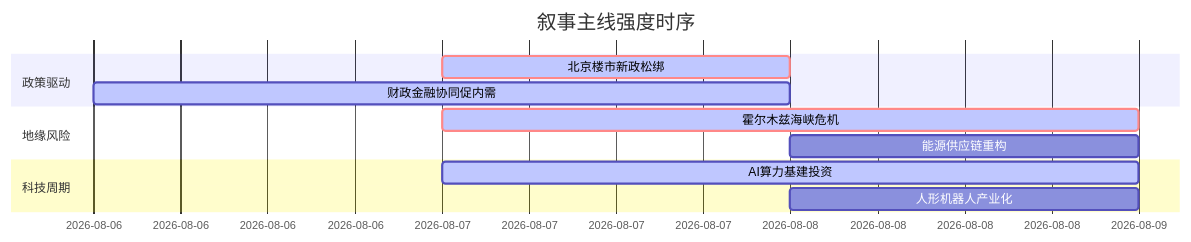
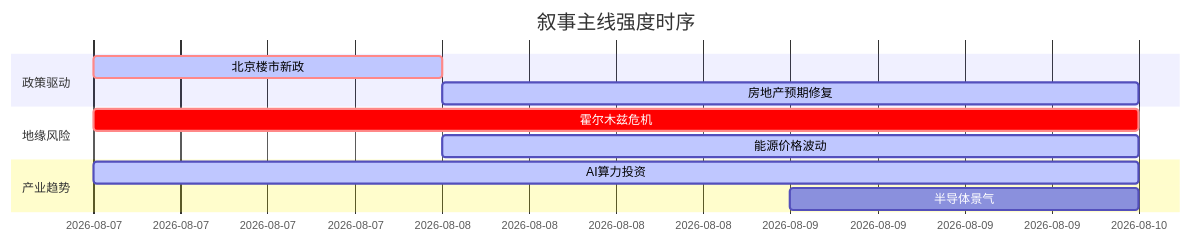
One commit to uu5zn/uu5zn.github.io changed the diagram in 5day_report.md. Above: the diagram before and after it, drawn with Mermaid. The commit also changed other lines of this file and 21 other files, not shown here.

````diff
--- a/5day_report.md
+++ b/5day_report.md
@@ -58,16 +56,16 @@
 ```mermaid
 gantt
     title 叙事主线强度时序
     dateFormat YYYY-MM-DD
     section 政策驱动
-    北京楼市新政松绑   :crit, active, 2026-08-07, 1d
-    财政金融协同促内需   :active, 2026-08-06, 2d
+    北京楼市新政   :crit, active, 2026-08-07, 1d
+    房地产预期修复   :active, 2026-08-08, 2d
     
     section 地缘风险
-    霍尔木兹海峡危机   :crit, active, 2026-08-07, 2d
-    能源供应链重构   :2026-08-08, 1d
+    霍尔木兹危机   :crit, 2026-08-07, 3d
+    能源价格波动   :active, 2026-08-08, 2d
     
-    section 科技周期
-    AI算力基建投资   :active, 2026-08-07, 2d
-    人形机器人产业化   :2026-08-08, 1d
+    section 产业趋势
+    AI算力投资   :active, 2026-08-07, 3d
+    半导体景气   :2026-08-09, 1d
 ```
````
